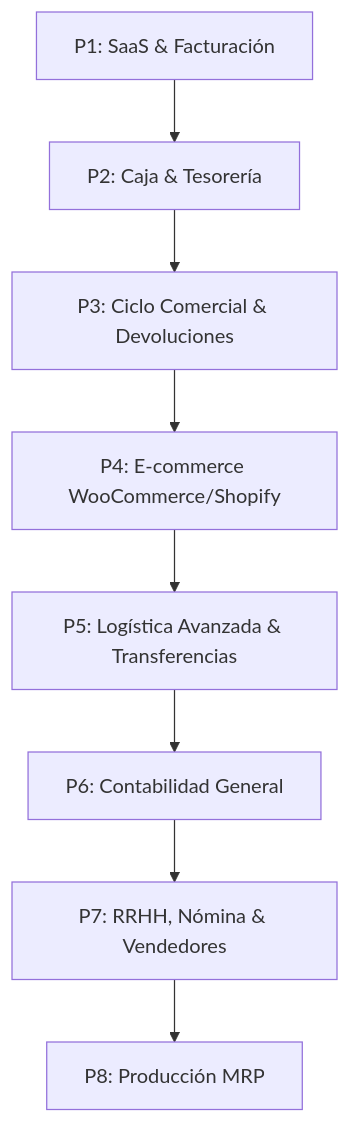
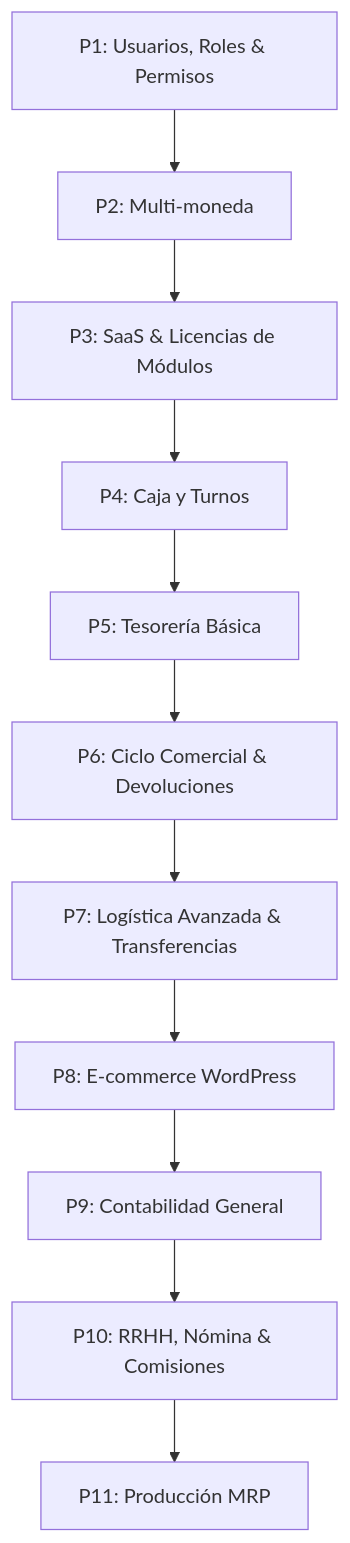
One commit to alexandersr92/dd_inventory_api changed the diagram in erp_roadmap.md. Above: the diagram before and after it, drawn with Mermaid. The commit also changed other lines of this file and 68 other files, not shown here.

Commit message:
feat: implement multi-tenancy architecture with organization-scoped data, role-based access control, and database switching middleware

````diff
--- a/erp_roadmap.md
+++ b/erp_roadmap.md
@@ -7,10 +7,13 @@
 ```mermaid
 graph TD
-    P1[P1: SaaS & Facturación] --> P2[P2: Caja & Tesorería]
-    P2 --> P3[P3: Ciclo Comercial & Devoluciones]
-    P3 --> P4[P4: E-commerce WooCommerce/Shopify]
-    P4 --> P5[P5: Logística Avanzada & Transferencias]
-    P5 --> P6[P6: Contabilidad General]
-    P6 --> P7[P7: RRHH, Nómina & Vendedores]
-    P7 --> P8[P8: Producción MRP]
+    P1[P1: Usuarios, Roles & Permisos] --> P2[P2: Multi-moneda]
+    P2 --> P3[P3: SaaS & Licencias de Módulos]
+    P3 --> P4[P4: Caja y Turnos]
+    P4 --> P5[P5: Tesorería Básica]
+    P5 --> P6[P6: Ciclo Comercial & Devoluciones]
+    P6 --> P7[P7: Logística Avanzada & Transferencias]
+    P7 --> P8[P8: E-commerce WordPress]
+    P8 --> P9[P9: Contabilidad General]
+    P9 --> P10[P10: RRHH, Nómina & Comisiones]
+    P10 --> P11[P11: Producción MRP]
 ```
````
